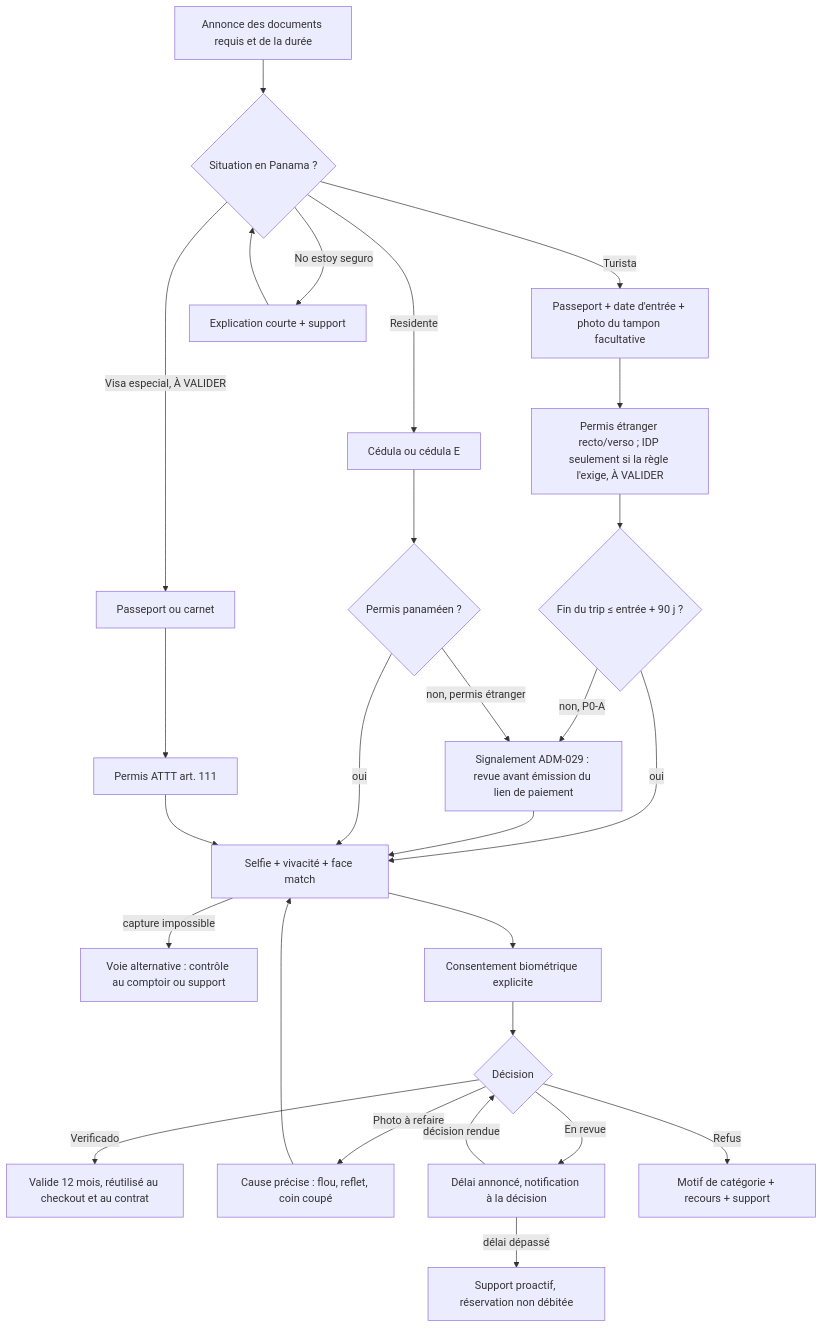
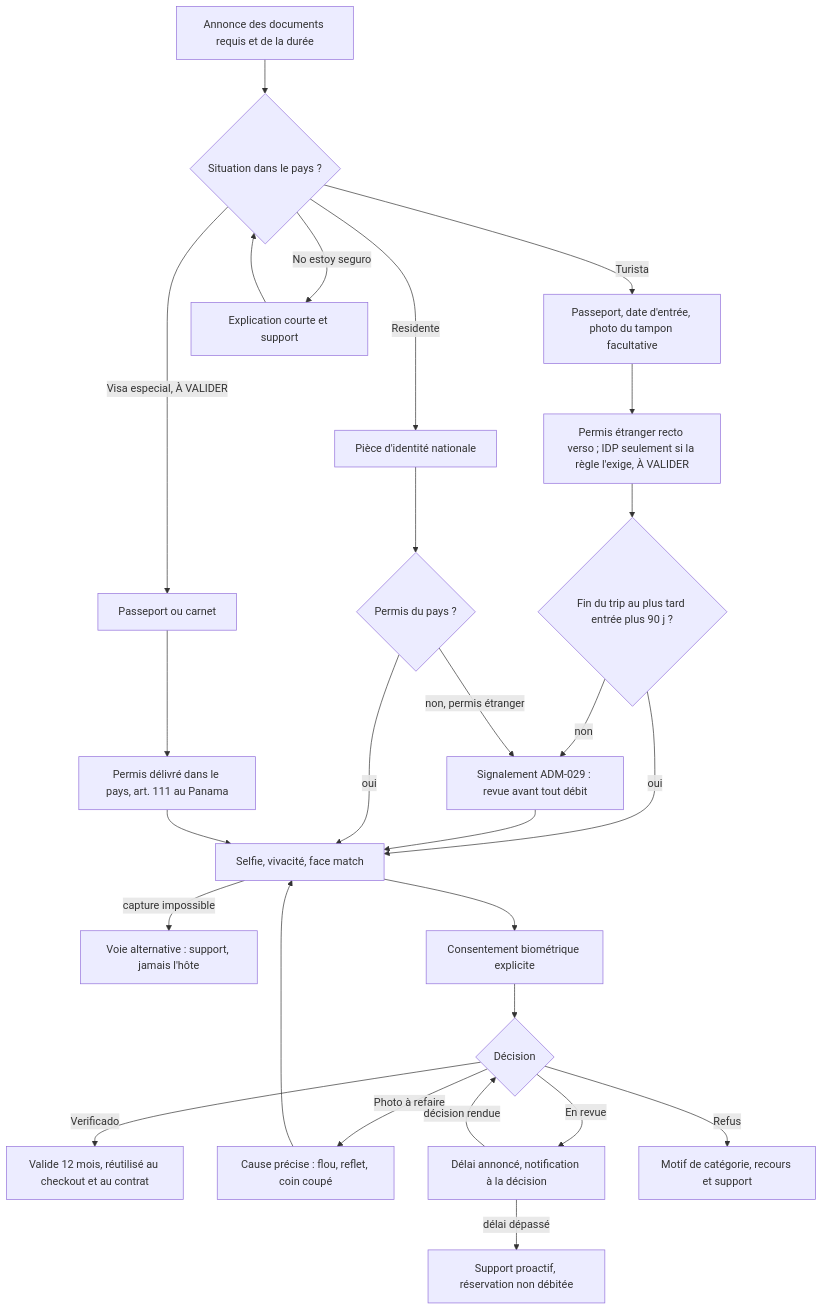
One commit to Noamgitpty/rueda changed the third of 10 diagrams in docs/specs/10b_UX_UI_ANALYSIS.md. Above: the diagram before and after it, drawn with Mermaid. The commit also changed other lines of this file and 2 other files, not shown here.

````diff
--- a/docs/specs/10b_UX_UI_ANALYSIS.md
+++ b/docs/specs/10b_UX_UI_ANALYSIS.md
@@ -544,23 +578,23 @@
 ```mermaid
 flowchart TD
-  A["Annonce des documents requis et de la durée"] --> B{"Situation en Panama ?"}
-  B -->|Turista| T1["Passeport + date d'entrée + photo du tampon facultative"]
-  T1 --> T2["Permis étranger recto/verso ; IDP seulement si la règle l'exige, À VALIDER"]
-  T2 --> T3{"Fin du trip ≤ entrée + 90 j ?"}
-  T3 -->|oui| S["Selfie + vivacité + face match"]
-  T3 -->|non, P0-A| T4["Signalement ADM-029 : revue avant émission du lien de paiement"] --> S
-  B -->|Residente| R1["Cédula ou cédula E"] --> R2{"Permis panaméen ?"}
+  A["Annonce des documents requis et de la durée"] --> B{"Situation dans le pays ?"}
+  B -->|Turista| T1["Passeport, date d'entrée, photo du tampon facultative"]
+  T1 --> T2["Permis étranger recto verso ; IDP seulement si la règle l'exige, À VALIDER"]
+  T2 --> T3{"Fin du trip au plus tard entrée plus 90 j ?"}
+  T3 -->|oui| S["Selfie, vivacité, face match"]
+  T3 -->|non| T4["Signalement ADM-029 : revue avant tout débit"] --> S
+  B -->|Residente| R1["Pièce d'identité nationale"] --> R2{"Permis du pays ?"}
   R2 -->|oui| S
   R2 -->|non, permis étranger| T4
-  B -->|Visa especial, À VALIDER| V1["Passeport ou carnet"] --> V2["Permis ATTT art. 111"] --> S
-  B -->|No estoy seguro| H["Explication courte + support"] --> B
-  S -->|capture impossible| ALT["Voie alternative : contrôle au comptoir ou support"]
+  B -->|Visa especial, À VALIDER| V1["Passeport ou carnet"] --> V2["Permis délivré dans le pays, art. 111 au Panama"] --> S
+  B -->|No estoy seguro| HL["Explication courte et support"] --> B
+  S -->|capture impossible| ALT["Voie alternative : support, jamais l'hôte"]
   S --> C["Consentement biométrique explicite"]
   C --> D{"Décision"}
   D -->|Verificado| OK["Valide 12 mois, réutilisé au checkout et au contrat"]
   D -->|Photo à refaire| RE["Cause précise : flou, reflet, coin coupé"] --> S
   D -->|En revue| RV["Délai annoncé, notification à la décision"]
   RV -->|décision rendue| D
   RV -->|délai dépassé| SUP["Support proactif, réservation non débitée"]
-  D -->|Refus| NO["Motif de catégorie + recours + support"]
+  D -->|Refus| NO["Motif de catégorie, recours et support"]
 ```
````
